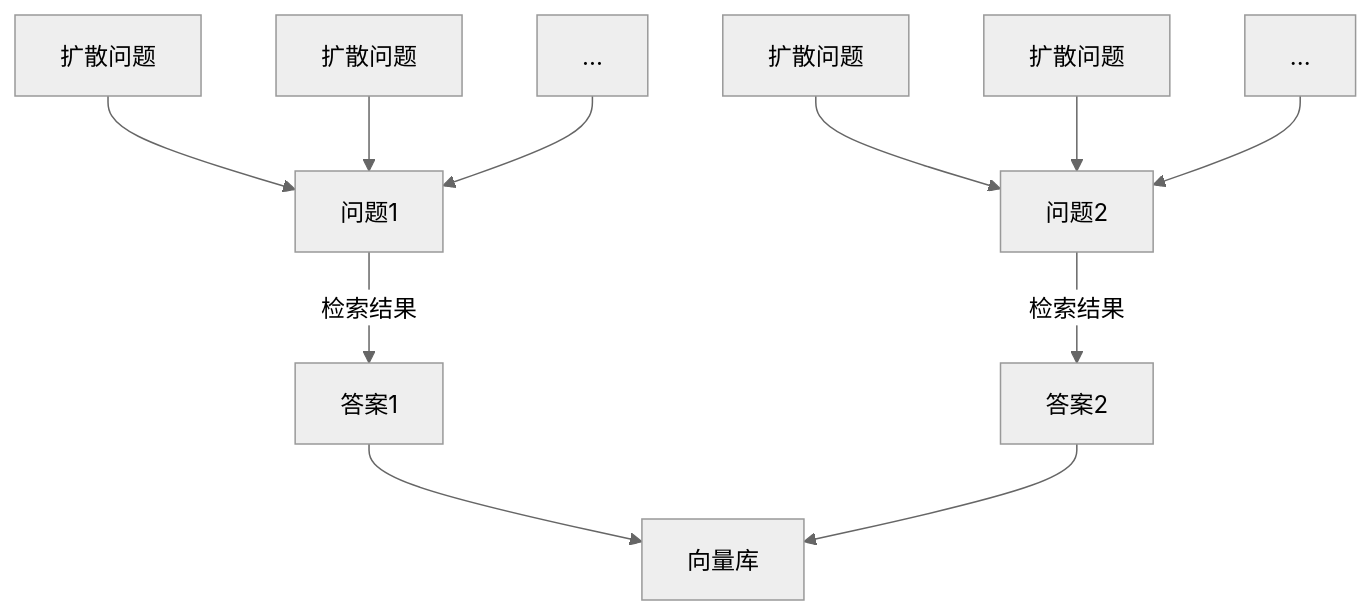
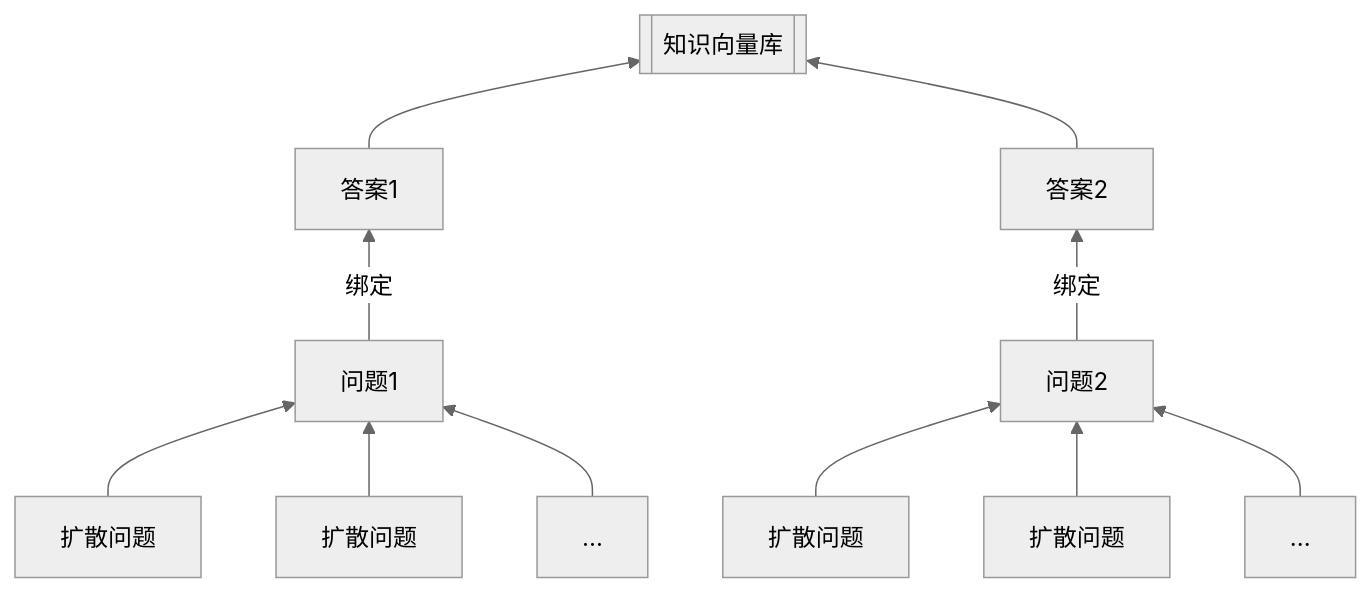
One commit to arcstep/illufly changed the third of 3 diagrams in design.md. Above: the diagram before and after it, drawn with Mermaid (neutral theme). The commit also changed other lines of this file, not shown here.

````diff
--- a/design.md
+++ b/design.md
@@ -144,25 +123,25 @@
 ```mermaid
-graph TD
+graph BT
     Q11[扩散问题]
     Q12[扩散问题]
     Q13[...]
     Q21[扩散问题]
     Q22[扩散问题]
     Q23[...]
     Q1[问题1]
     Q2[问题2]
     A1[答案1]
     A2[答案2]
-    V[向量库]
+    V[[知识向量库]]
 
     Q11 --> Q1
     Q12 --> Q1
     Q13 --> Q1
 
     Q21 --> Q2
     Q22 --> Q2
     Q23 --> Q2
 
-    Q1 -->|检索结果| A1 --> V
-    Q2 -->|检索结果| A2 --> V
+    Q1 -->|绑定| A1 --> V
+    Q2 -->|绑定| A2 --> V
 ```
````
